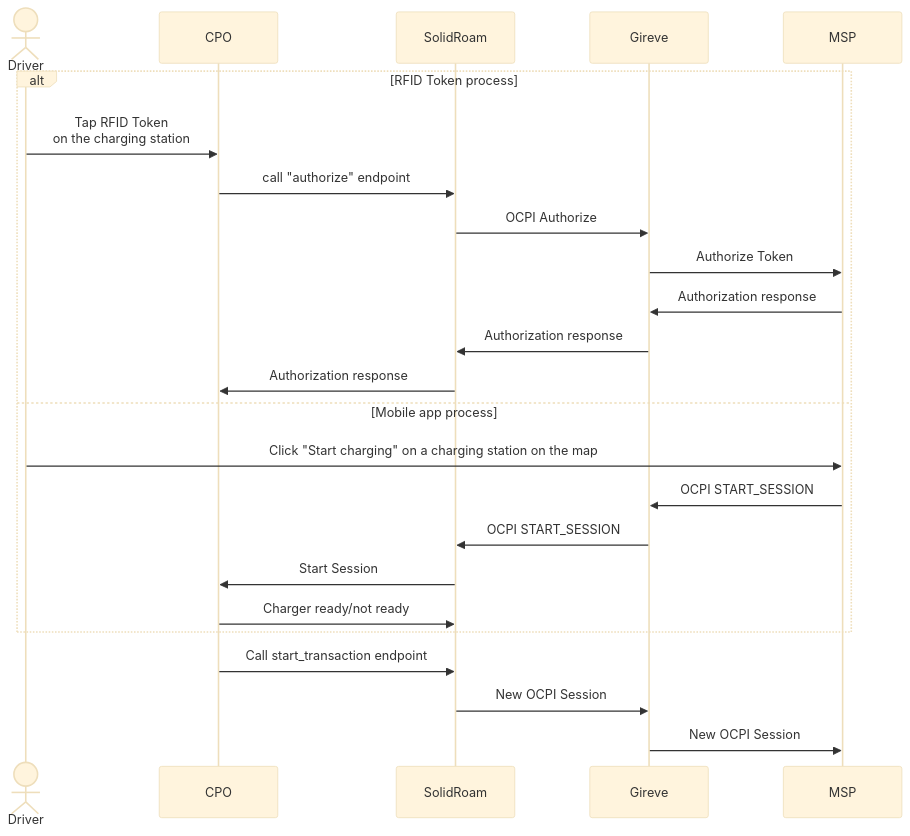
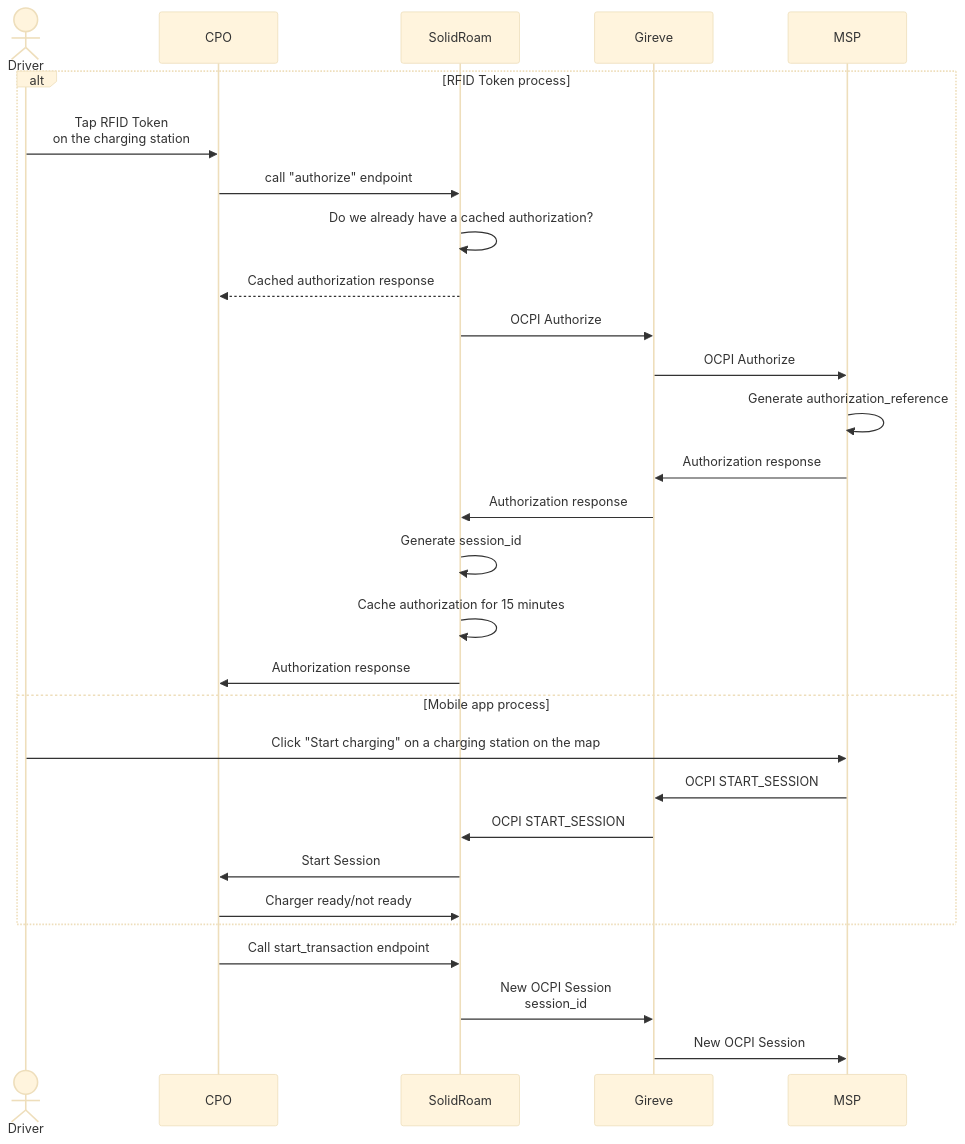
One commit to erkkiat/ocpi changed the second of 4 diagrams in documentation/charging.md. Above: the diagram before and after it, drawn with Mermaid (base theme). The commit also changed other lines of this file, not shown here.

````diff
--- a/documentation/charging.md
+++ b/documentation/charging.md
@@ -49,24 +51,29 @@
 ```mermaid
 sequenceDiagram
     actor Driver
 
     alt RFID Token process
-    Driver->>CPO: Tap RFID Token <br/> on the charging station
+        Driver->>CPO: Tap RFID Token <br/> on the charging station
         CPO->>SolidRoam: call "authorize" endpoint
+        SolidRoam->>SolidRoam: Do we already have a cached authorization?
+        SolidRoam-->>CPO: Cached authorization response
         SolidRoam->>Gireve: OCPI Authorize
-        Gireve->>MSP: Authorize Token
+        Gireve->>MSP: OCPI Authorize
+        MSP->>MSP: Generate authorization_reference
         MSP->>Gireve: Authorization response
         Gireve->>SolidRoam: Authorization response
+        SolidRoam->>SolidRoam: Generate session_id
+        SolidRoam->>SolidRoam: Cache authorization for 15 minutes
         SolidRoam->>CPO: Authorization response
     else Mobile app process
         Driver->>MSP: Click "Start charging" on a charging station on the map
         MSP->>Gireve: OCPI START_SESSION
         Gireve->>SolidRoam: OCPI START_SESSION
         SolidRoam->>CPO: Start Session
         CPO->>SolidRoam: Charger ready/not ready
     end
     
     CPO->>SolidRoam: Call start_transaction endpoint
-    SolidRoam->>Gireve: New OCPI Session
+    SolidRoam->>Gireve: New OCPI Session <br/>session_id
     Gireve->>MSP: New OCPI Session
 ```
````
